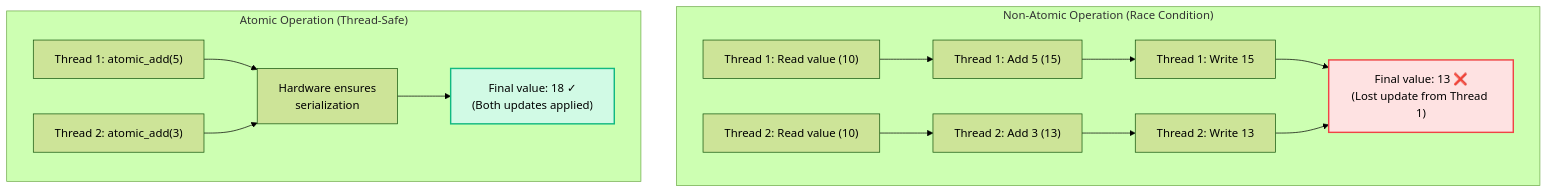
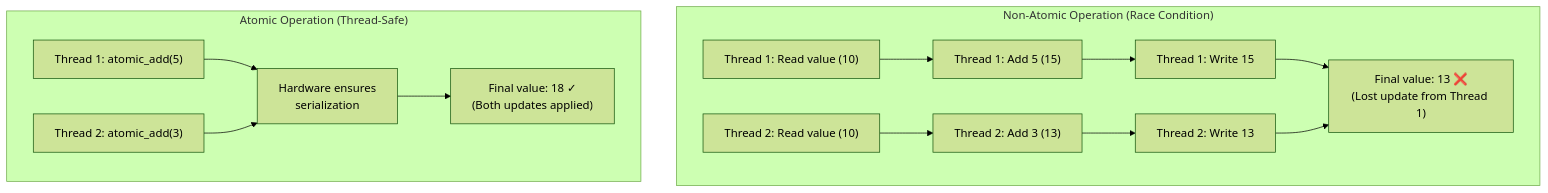
Before and after one commit to ROCm/composable_kernel: the fourth of 4 diagrams in docs/conceptual/ck_tile/buffer_views.rst, drawn with Mermaid (forest theme). The commit also changed other lines of this file and 21 other files, not shown here.

```diff
--- a/docs/conceptual/ck_tile/buffer_views.rst
+++ b/docs/conceptual/ck_tile/buffer_views.rst
@@ -390,19 +321,16 @@
-      .. mermaid::
-      
-         graph TB
-             subgraph "Non-Atomic Operation (Race Condition)"
-                 NA1["Thread 1: Read value (10)"] --> NA2["Thread 1: Add 5 (15)"]
-                 NA3["Thread 2: Read value (10)"] --> NA4["Thread 2: Add 3 (13)"]
-                 NA2 --> NA5["Thread 1: Write 15"]
-                 NA4 --> NA6["Thread 2: Write 13"]
-                 NA5 & NA6 --> NA7["Final value: 13 ❌<br/>(Lost update from Thread 1)"]
-             end
-   
-             subgraph "Atomic Operation (Thread-Safe)"
-                 A1["Thread 1: atomic_add(5)"] --> A2["Hardware ensures<br/>serialization"]
-                 A3["Thread 2: atomic_add(3)"] --> A2
-                 A2 --> A4["Final value: 18 ✓<br/>(Both updates applied)"]
-             end
-   
-             style NA7 fill:#fee2e2,stroke:#ef4444,stroke-width:2px
-             style A4 fill:#d1fae5,stroke:#10b981,stroke-width:2px
+.. mermaid::
+
+   graph TB
+       subgraph "Non-Atomic Operation (Race Condition)"
+           NA1["Thread 1: Read value (10)"] --> NA2["Thread 1: Add 5 (15)"]
+           NA3["Thread 2: Read value (10)"] --> NA4["Thread 2: Add 3 (13)"]
+           NA2 --> NA5["Thread 1: Write 15"]
+           NA4 --> NA6["Thread 2: Write 13"]
+           NA5 & NA6 --> NA7["Final value: 13 ❌<br/>(Lost update from Thread 1)"]
+       end
+
+       subgraph "Atomic Operation (Thread-Safe)"
+           A1["Thread 1: atomic_add(5)"] --> A2["Hardware ensures<br/>serialization"]
+           A3["Thread 2: atomic_add(3)"] --> A2
+           A2 --> A4["Final value: 18 ✓<br/>(Both updates applied)"]
+       end
```
